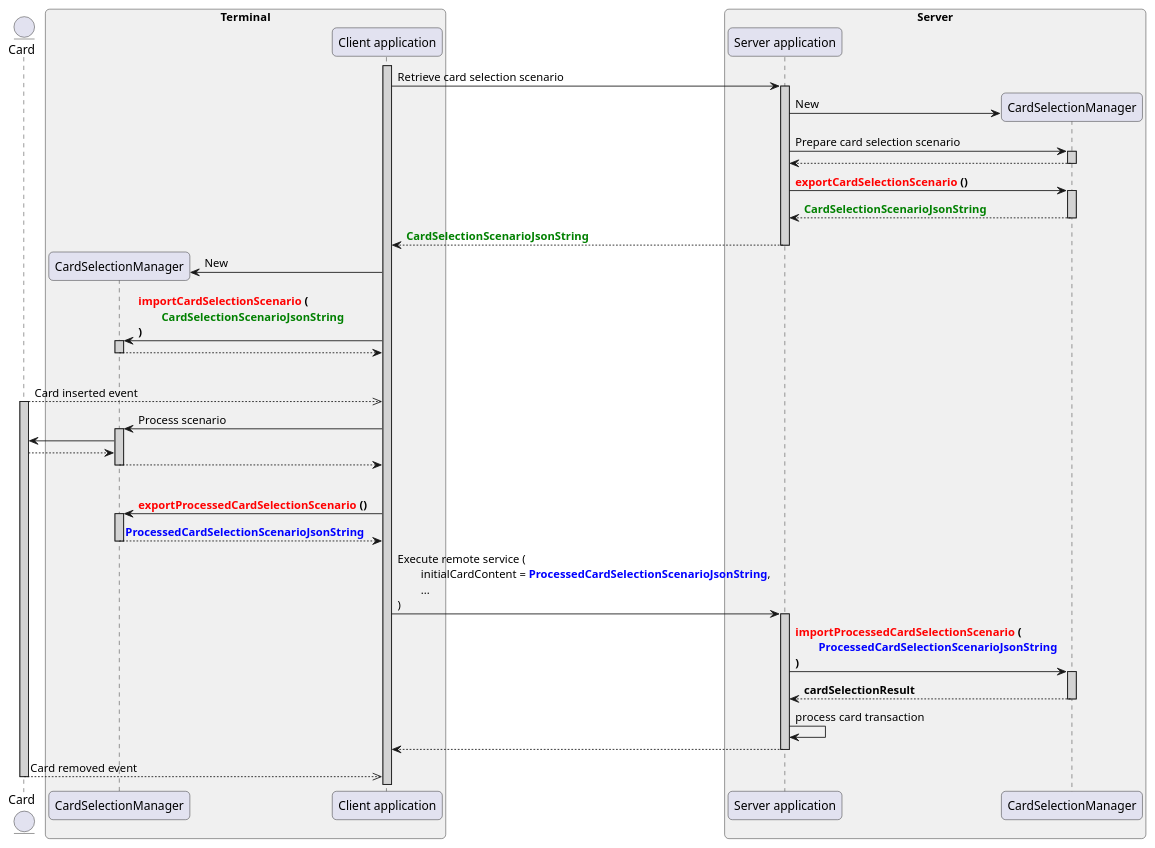
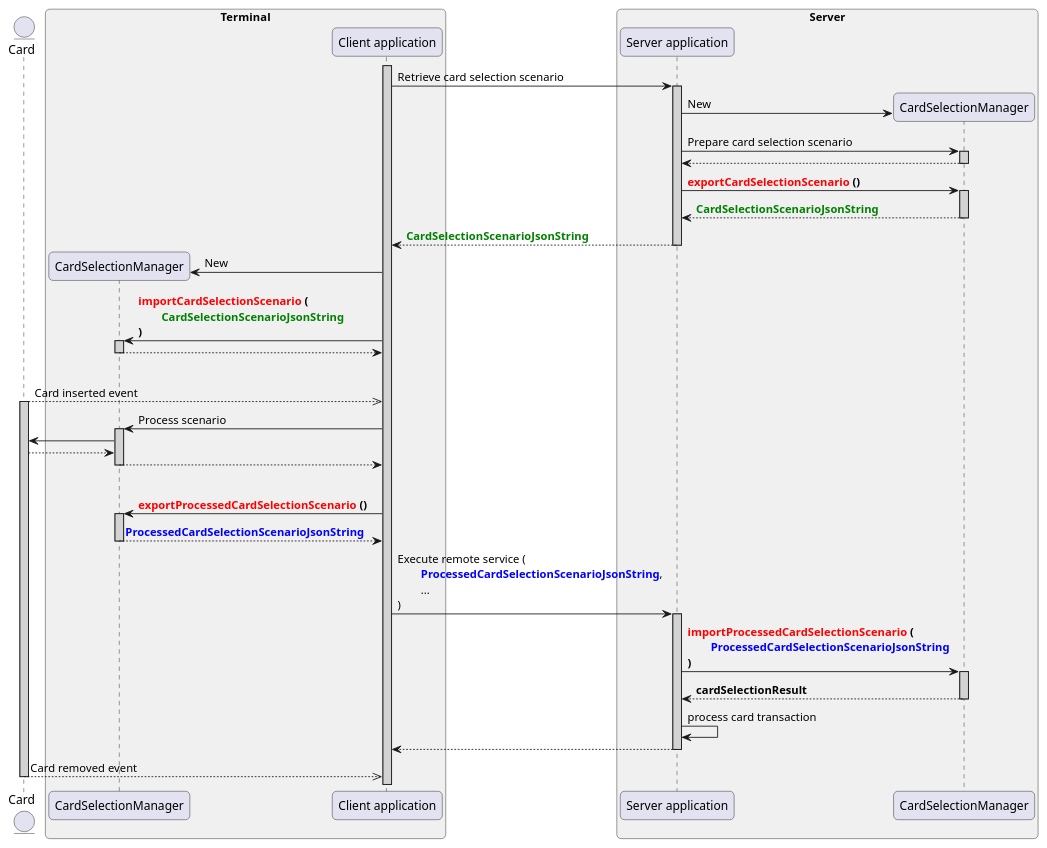
The diagram in static/media/learn/user-guide/standalone-application/Sequence_ImportExportScenario.puml (eclipse-keyple/keyple-website), drawn with PlantUML before and after one commit. The commit also changed 11 other files, not shown here.

```diff
--- a/static/media/learn/user-guide/standalone-application/Sequence_ImportExportScenario.puml
+++ b/static/media/learn/user-guide/standalone-application/Sequence_ImportExportScenario.puml
@@ -1,65 +1,65 @@
 @startuml
 
 ' == THEME ==
 
 skinparam RoundCorner 10
 
 ' == CONTENT ==
 
 entity "Card" as card
 box "Terminal" #F0F0F0
 participant "CardSelectionManager" as clientManager
 participant "Client application" as client
 end box
 box "Server" #F0F0F0
 participant "Server application" as server
 participant "CardSelectionManager" as serverManager
 end box
 
 activate client #LightGrey
 client -> server ++ #LightGrey : Retrieve card selection scenario
 
 server -> serverManager ** : New
 
 server -> serverManager ++ #LightGrey : Prepare card selection scenario
 return
 
 server -> serverManager ++ #LightGrey : **<color:red>exportCardSelectionScenario</color> ()**
 return **<color:green>CardSelectionScenarioJsonString</color>**
 
 client <-- server -- : **<color:green>CardSelectionScenarioJsonString</color>**
 
 client -> clientManager ** : New
 
 client -> clientManager ++ #LightGrey : **<color:red>importCardSelectionScenario</color> (**\n\t**<color:green>CardSelectionScenarioJsonString</color>**\n**)**
 return
 
 |||
 
 card -->> client : Card inserted event
 activate card #LightGrey
 
 client -> clientManager ++ #LightGrey : Process scenario
 clientManager -> card
 clientManager <-- card
 return
 
 |||
 
 client -> clientManager ++ #LightGrey : **<color:red>exportProcessedCardSelectionScenario</color> ()**
 return **<color:blue>ProcessedCardSelectionScenarioJsonString</color>**
 
-client -> server ++ #LightGrey : Execute remote service (\n\tinitialCardContent = **<color:blue>ProcessedCardSelectionScenarioJsonString</color>**,\n\t...\n)
+client -> server ++ #LightGrey : Execute remote service (\n\t**<color:blue>ProcessedCardSelectionScenarioJsonString</color>**,\n\t...\n)
 
 server -> serverManager ++ #LightGrey : **<color:red>importProcessedCardSelectionScenario</color> (**\n\t**<color:blue>ProcessedCardSelectionScenarioJsonString</color>**\n**)**
 return **cardSelectionResult**
 
 server -> server : process card transaction
 
 client <-- server
 deactivate server
 
 card -->> client : Card removed event
 deactivate card
 
 @enduml
```
